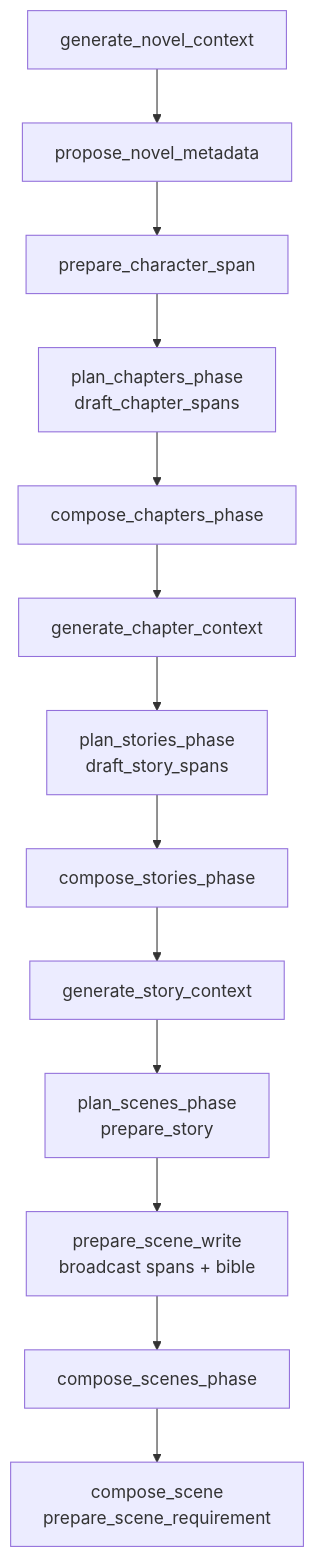
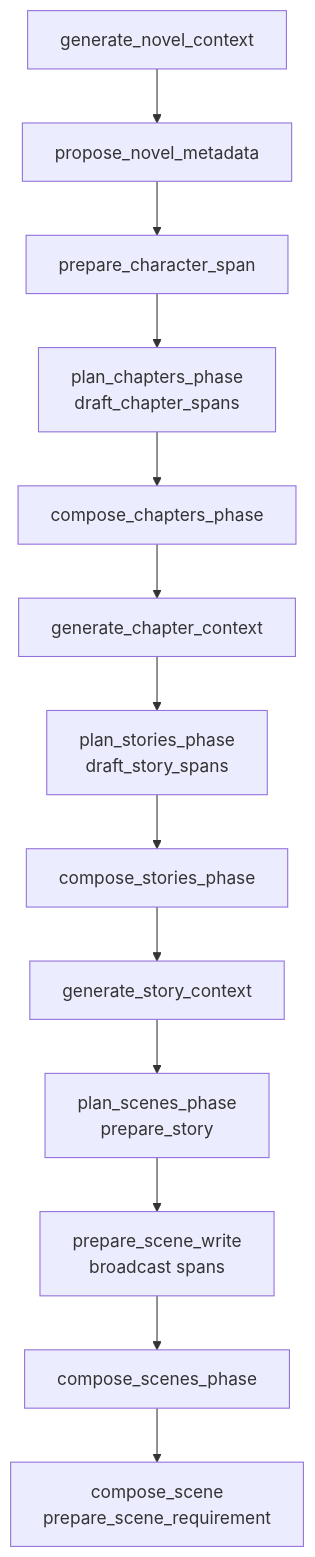
The diagram in docs/source/novel-hooks.rst (Whth/fabricatio), drawn with Mermaid before and after one commit. The commit also changed other lines of this file and 14 other files, not shown here.

```diff
--- a/docs/source/novel-hooks.rst
+++ b/docs/source/novel-hooks.rst
@@ -121,15 +117,15 @@
 .. mermaid::
 
    flowchart TD
       GN["generate_novel_context"] --> MD["propose_novel_metadata"]
       MD --> RS["prepare_character_span"]
       RS --> PC["plan_chapters_phase\ndraft_chapter_spans"]
       PC --> CC["compose_chapters_phase"]
       CC --> GC["generate_chapter_context"]
       GC --> PS["plan_stories_phase\ndraft_story_spans"]
       PS --> CS["compose_stories_phase"]
       CS --> GS["generate_story_context"]
       GS --> PSC["plan_scenes_phase\nprepare_story"]
-      PSC --> PW["prepare_scene_write\nbroadcast spans + bible"]
+      PSC --> PW["prepare_scene_write\nbroadcast spans"]
       PW --> WCS["compose_scenes_phase"]
       WCS --> GSC["compose_scene\nprepare_scene_requirement"]
```
